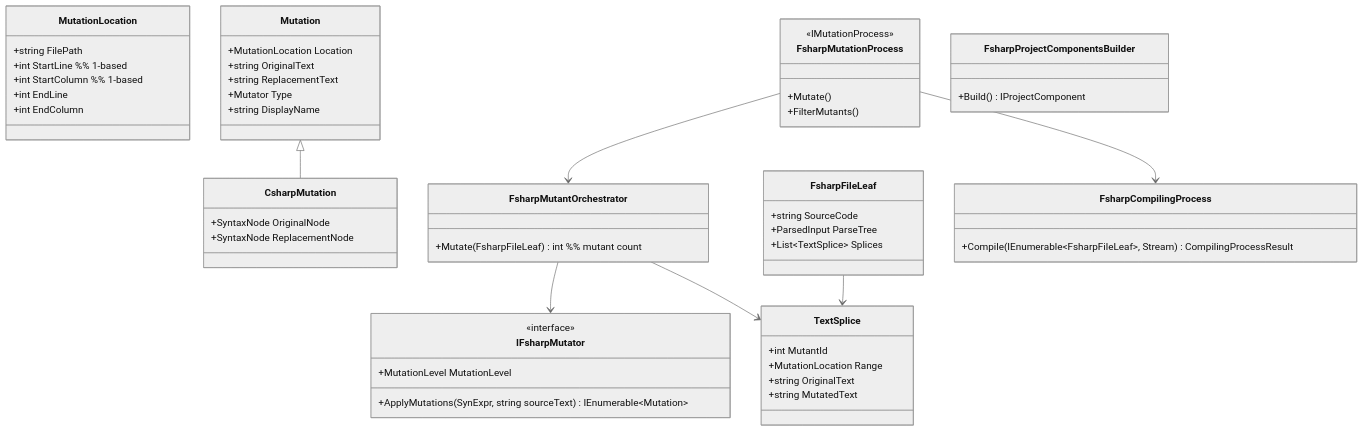
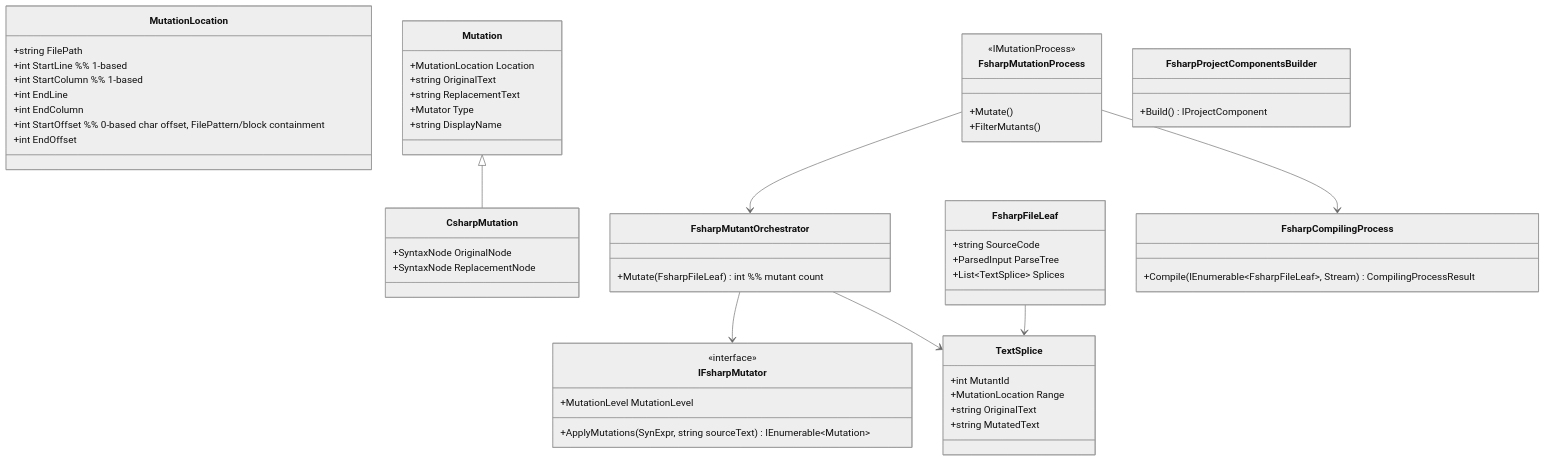
The diagram in docs/workspace/fsharp-support/TASKS.md (stryker-mutator/stryker-net), drawn with Mermaid (neutral theme) before and after one commit. The commit also changed other lines of this file and 18 other files, not shown here.

````diff
--- a/docs/workspace/fsharp-support/TASKS.md
+++ b/docs/workspace/fsharp-support/TASKS.md
@@ -29,57 +29,59 @@
 ```mermaid
 classDiagram
     class MutationLocation {
         +string FilePath
         +int StartLine  %% 1-based
         +int StartColumn  %% 1-based
         +int EndLine
         +int EndColumn
+        +int StartOffset  %% 0-based char offset, FilePattern/block containment
+        +int EndOffset
     }
     class Mutation {
         +MutationLocation Location
         +string OriginalText
         +string ReplacementText
         +Mutator Type
         +string DisplayName
     }
     class CsharpMutation {
         +SyntaxNode OriginalNode
         +SyntaxNode ReplacementNode
     }
     Mutation <|-- CsharpMutation
     class TextSplice {
         +int MutantId
         +MutationLocation Range
         +string OriginalText
         +string MutatedText
     }
     class FsharpFileLeaf {
         +string SourceCode
         +ParsedInput ParseTree
         +List~TextSplice~ Splices
     }
     class IFsharpMutator {
         <<interface>>
         +MutationLevel MutationLevel
         +ApplyMutations(SynExpr, string sourceText) IEnumerable~Mutation~
     }
     class FsharpMutantOrchestrator {
         +Mutate(FsharpFileLeaf) int  %% mutant count
     }
     class FsharpCompilingProcess {
         +Compile(IEnumerable~FsharpFileLeaf~, Stream) CompilingProcessResult
     }
     class FsharpMutationProcess {
         <<IMutationProcess>>
         +Mutate()
         +FilterMutants()
     }
     class FsharpProjectComponentsBuilder {
         +Build() IProjectComponent
     }
     FsharpMutantOrchestrator --> IFsharpMutator
     FsharpMutantOrchestrator --> TextSplice
     FsharpFileLeaf --> TextSplice
     FsharpMutationProcess --> FsharpMutantOrchestrator
     FsharpMutationProcess --> FsharpCompilingProcess
 ```
````
